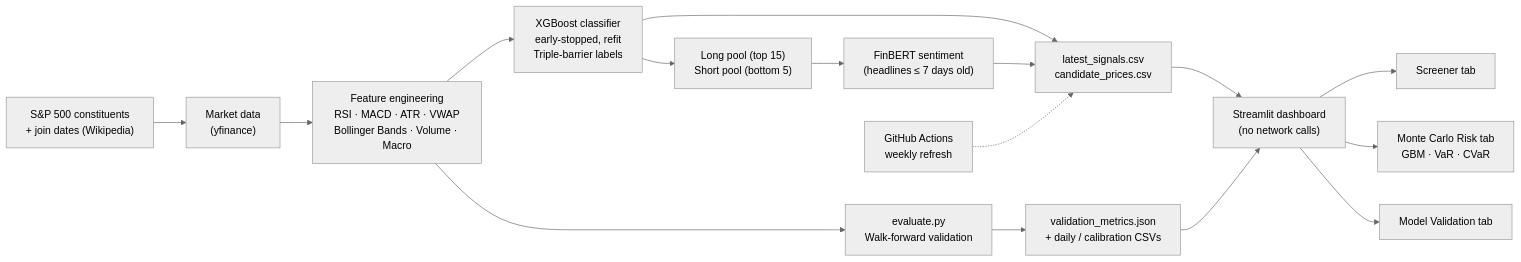
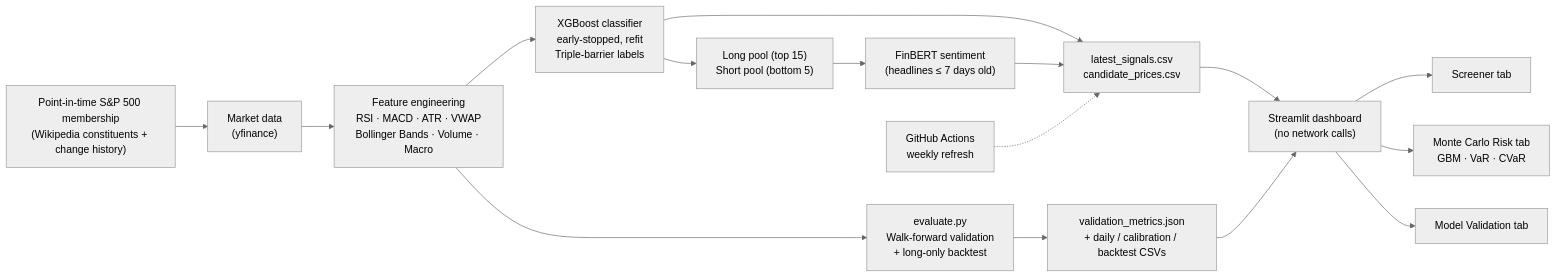
The diagram in README.md (ethanbuckley/stockmarketS-P), drawn with Mermaid (neutral theme) before and after one commit. The commit also changed other lines of this file and 10 other files, not shown here.

First line of the commit message:
eval: volatility-only baseline and clean leakage canary; data: round-2 artefacts; README rewritten around the finding

````diff
--- a/README.md
+++ b/README.md
@@ -19,17 +21,17 @@
 ```mermaid
 flowchart LR
-    A["S&P 500 constituents\n+ join dates (Wikipedia)"] --> B["Market data\n(yfinance)"]
+    A["Point-in-time S&P 500 membership\n(Wikipedia constituents + change history)"] --> B["Market data\n(yfinance)"]
     B --> C["Feature engineering\nRSI · MACD · ATR · VWAP\nBollinger Bands · Volume · Macro"]
     C --> D["XGBoost classifier\nearly-stopped, refit\nTriple-barrier labels"]
     D --> E["Long pool (top 15)\nShort pool (bottom 5)"]
     E --> F["FinBERT sentiment\n(headlines ≤ 7 days old)"]
     D & F --> G["latest_signals.csv\ncandidate_prices.csv"]
-    C --> V["evaluate.py\nWalk-forward validation"]
-    V --> M["validation_metrics.json\n+ daily / calibration CSVs"]
+    C --> V["evaluate.py\nWalk-forward validation\n+ long-only backtest"]
+    V --> M["validation_metrics.json\n+ daily / calibration / backtest CSVs"]
     W["GitHub Actions\nweekly refresh"] -.-> G
     G --> H["Streamlit dashboard\n(no network calls)"]
     M --> H
     H --> I["Screener tab"]
     H --> J["Monte Carlo Risk tab\nGBM · VaR · CVaR"]
     H --> K["Model Validation tab"]
 ```
````
